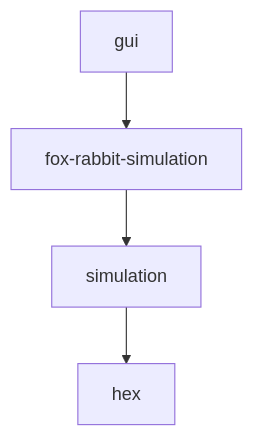
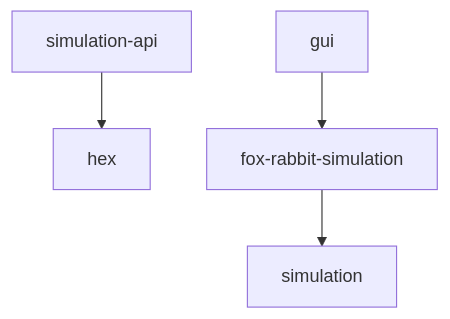
The diagram in README.MD (vkovacs/HexSim), drawn with Mermaid before and after one commit. The commit also changed other lines of this file and 7 other files, not shown here.

Commit message:
add diagramm + rename module

````diff
--- a/README.MD
+++ b/README.MD
@@ -24,6 +30,6 @@
 ```mermaid
 graph TD;
-    simulation-->hex;
+    simulation-api-->hex;
     fox-rabbit-simulation-->simulation;
     gui-->fox-rabbit-simulation;
 ```
````
